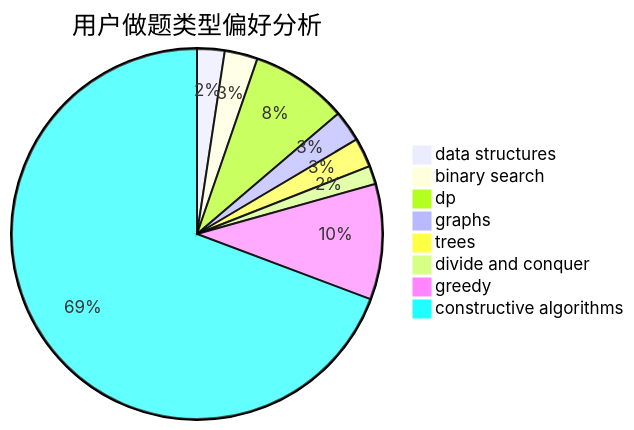
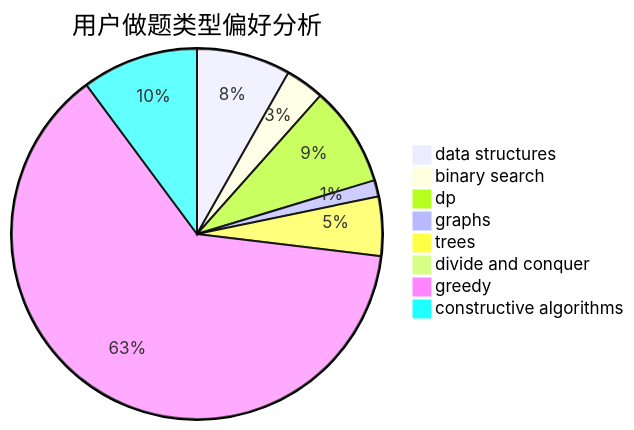
One commit to sherpahu/cfrs.github.io changed the second of 3 diagrams in docs/user/u784.md. Above: the diagram before and after it, drawn with Mermaid. The commit also changed other lines of this file and 2770 other files, not shown here.

````diff
--- a/docs/user/u784.md
+++ b/docs/user/u784.md
@@ -23,11 +23,11 @@
 ```mermaid
 pie title 用户做题类型偏好分析
-    "data structures" :  15
-    "binary search" :  18
-    "dp" :  53
-    "graphs" :  17
-    "trees" :  16
-    "divide and conquer" :  10
-    "greedy" :  63
-    "constructive algorithms" :  433
+    "data structures" :  46
+    "binary search" :  19
+    "dp" :  49
+    "graphs" :  8
+    "trees" :  29
+    "divide and conquer" :  0
+    "greedy" :  353
+    "constructive algorithms" :  57
 ```
````
